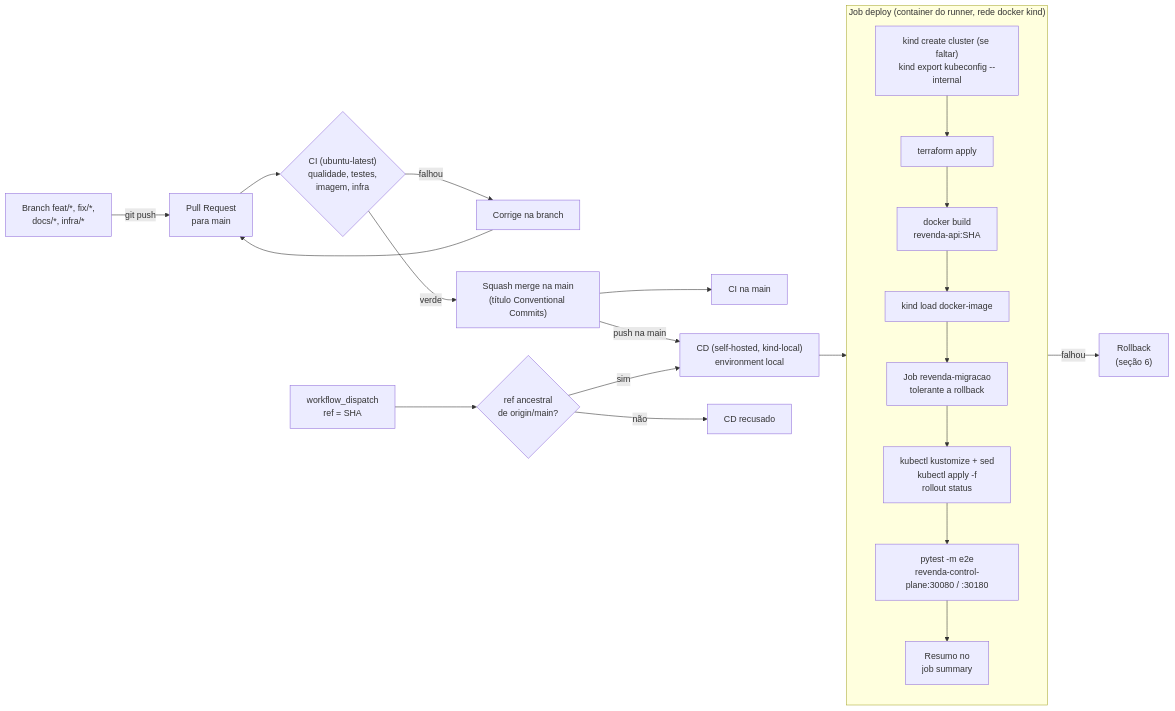
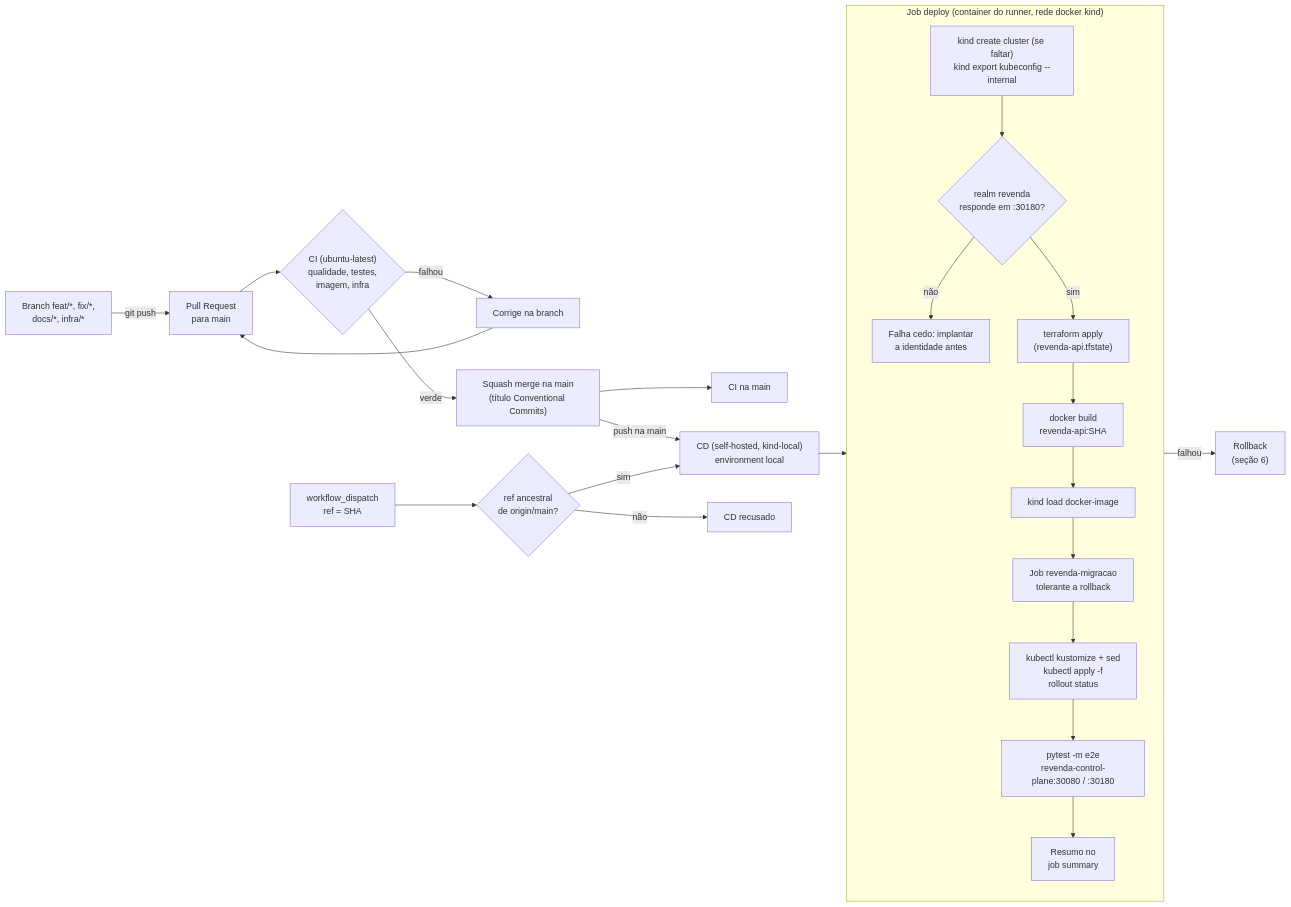
The diagram in docs/08-ci-cd-infra.md (Caina-Climaco/fiap-soat-revenda-veiculos), drawn with Mermaid before and after one commit. The commit also changed other lines of this file and 39 other files, not shown here.

````diff
--- a/docs/08-ci-cd-infra.md
+++ b/docs/08-ci-cd-infra.md
@@ -136,19 +140,21 @@
 ```mermaid
 flowchart LR
   dev["Branch feat/*, fix/*,<br/>docs/*, infra/*"] -->|"git push"| pr["Pull Request<br/>para main"]
   pr --> ci{"CI (ubuntu-latest)<br/>qualidade, testes,<br/>imagem, infra"}
   ci -->|"falhou"| fix["Corrige na branch"] --> pr
   ci -->|"verde"| merge["Squash merge na main<br/>(título Conventional Commits)"]
   merge --> ci2["CI na main"]
   merge -->|"push na main"| cd["CD (self-hosted, kind-local)<br/>environment local"]
   disp["workflow_dispatch<br/>ref = SHA"] --> val{"ref ancestral<br/>de origin/main?"}
   val -->|"não"| recusa["CD recusado"]
   val -->|"sim"| cd
   subgraph CDJOB["Job deploy (container do runner, rede docker kind)"]
     direction TB
-    kc["kind create cluster (se faltar)<br/>kind export kubeconfig --internal"] --> tf["terraform apply"] --> build["docker build<br/>revenda-api:SHA"] --> load["kind load docker-image"]
+    kc["kind create cluster (se faltar)<br/>kind export kubeconfig --internal"] --> idc{"realm revenda<br/>responde em :30180?"}
+    idc -->|"não"| idf["Falha cedo: implantar<br/>a identidade antes"]
+    idc -->|"sim"| tf["terraform apply<br/>(revenda-api.tfstate)"] --> build["docker build<br/>revenda-api:SHA"] --> load["kind load docker-image"]
     load --> mig["Job revenda-migracao<br/>tolerante a rollback"] --> roll["kubectl kustomize + sed<br/>kubectl apply -f<br/>rollout status"] --> e2e["pytest -m e2e<br/>revenda-control-plane:30080 / :30180"] --> sum["Resumo no<br/>job summary"]
   end
   cd --> kc
   e2e -->|"falhou"| rb["Rollback<br/>(seção 6)"]
 ```
````
